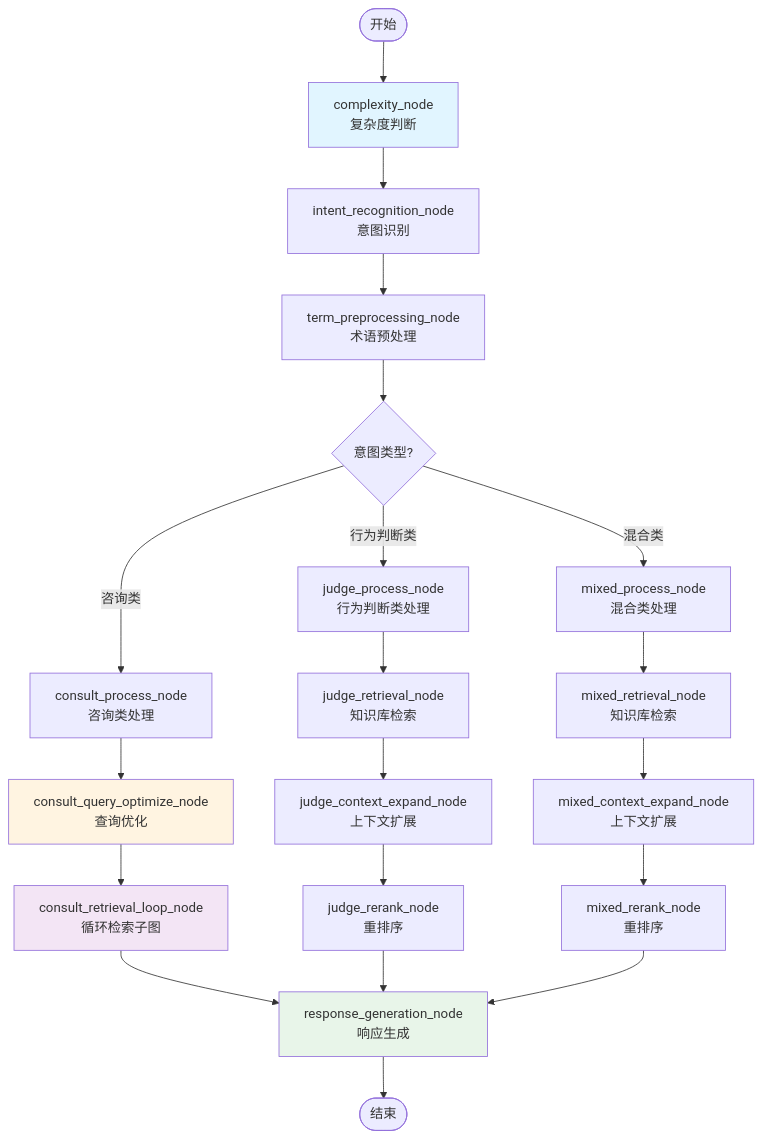
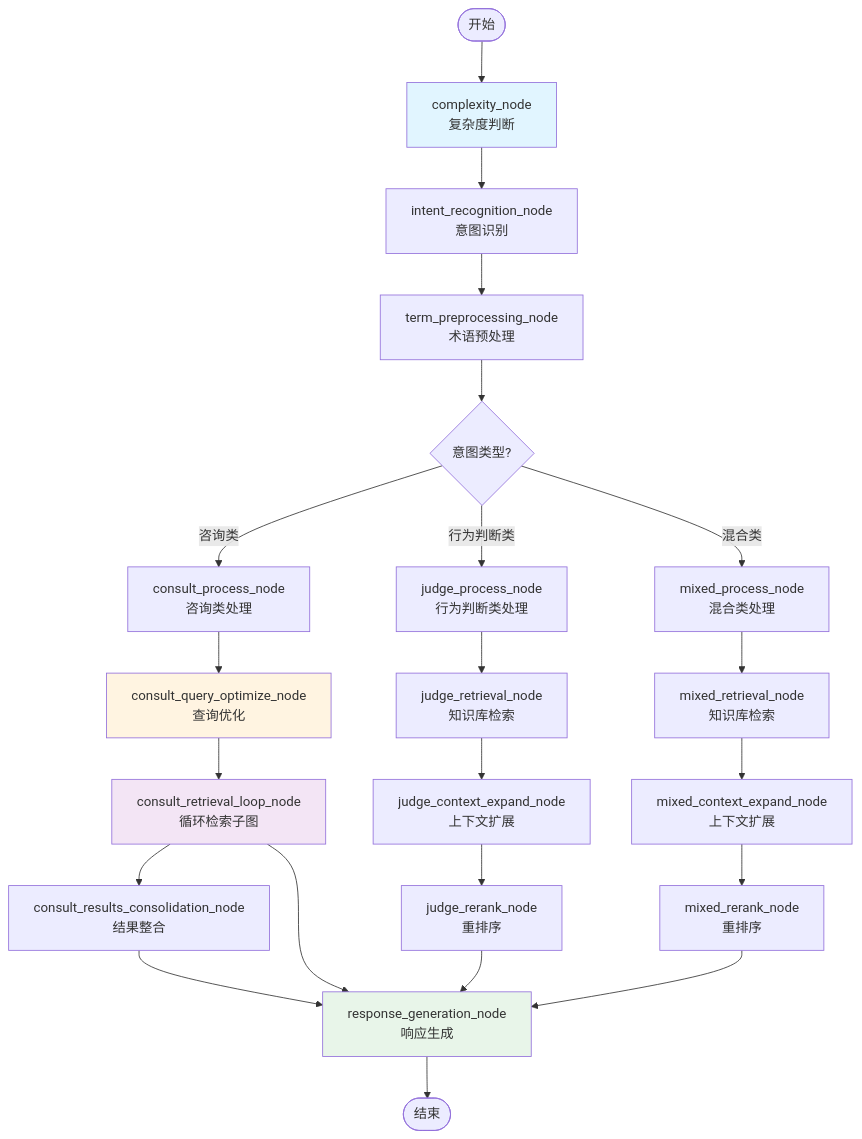
Before and after one commit to zzh-zzh66/Academic_Integrity_Assistant_final: the first of 7 diagrams in docs/workflow.md, drawn with Mermaid. The commit also changed other lines of this file and 2 other files, not shown here.

````diff
--- a/docs/workflow.md
+++ b/docs/workflow.md
@@ -19,35 +20,38 @@
 ```mermaid
 graph TD
     Start([开始]) --> Complexity[complexity_node<br/>复杂度判断]
     Complexity --> Intent[intent_recognition_node<br/>意图识别]
     Intent --> Term[term_preprocessing_node<br/>术语预处理]
     
     Term --> Route{意图类型?}
     
     Route -->|咨询类| ConsultProcess[consult_process_node<br/>咨询类处理]
     Route -->|行为判断类| JudgeProcess[judge_process_node<br/>行为判断类处理]
     Route -->|混合类| MixedProcess[mixed_process_node<br/>混合类处理]
     
     ConsultProcess --> ConsultOptimize[consult_query_optimize_node<br/>查询优化]
     ConsultOptimize --> ConsultLoop[consult_retrieval_loop_node<br/>循环检索子图]
+    
+    ConsultLoop --> Consolidation[consult_results_consolidation_node<br/>结果整合]
+    Consolidation --> Response[response_generation_node<br/>响应生成]
     
     JudgeProcess --> JudgeRetrieval[judge_retrieval_node<br/>知识库检索]
     MixedProcess --> MixedRetrieval[mixed_retrieval_node<br/>知识库检索]
     
     JudgeRetrieval --> JudgeExpand[judge_context_expand_node<br/>上下文扩展]
     MixedRetrieval --> MixedExpand[mixed_context_expand_node<br/>上下文扩展]
     
     JudgeExpand --> JudgeRerank[judge_rerank_node<br/>重排序]
     MixedExpand --> MixedRerank[mixed_rerank_node<br/>重排序]
     
     ConsultLoop --> Response[response_generation_node<br/>响应生成]
     JudgeRerank --> Response
     MixedRerank --> Response
     
     Response --> End([结束])
     
     style Complexity fill:#e1f5ff
     style ConsultOptimize fill:#fff4e1
     style ConsultLoop fill:#f3e5f5
     style Response fill:#e8f5e9
 ```
````
